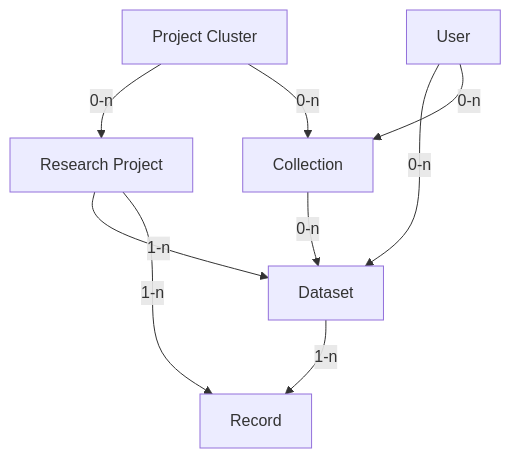
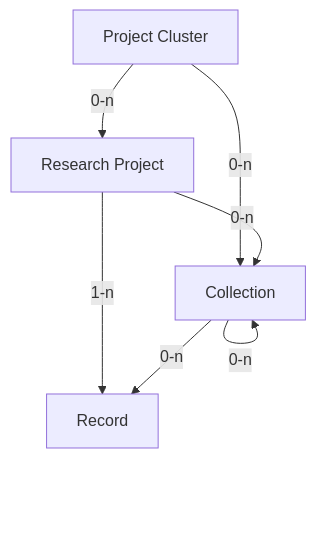
Before and after one commit to dasch-swiss/dsp-meta: the diagram in docs/data/future-datamodel.md, drawn with Mermaid. The commit also changed other lines of this file, not shown here.

````diff
--- a/docs/data/future-datamodel.md
+++ b/docs/data/future-datamodel.md
@@ -59,21 +60,16 @@
 ```mermaid
 
 flowchart TD
     projectCluster[Project Cluster]
     project[Research Project]
-    dataset[Dataset]
     record[Record]
     collection[Collection]
-    user[User]
-
-    user -->|0-n| dataset
-    user -->|0-n| collection
 
     projectCluster -->|0-n| project
     projectCluster -->|0-n| collection
 
-    project -->|1-n| dataset
+    project -->|0-n| collection
     project -->|1-n| record
-    dataset -->|1-n| record
-    collection --> |0-n| dataset
+    collection --> |0-n| record
+    collection --> |0-n| collection
 ```
````
